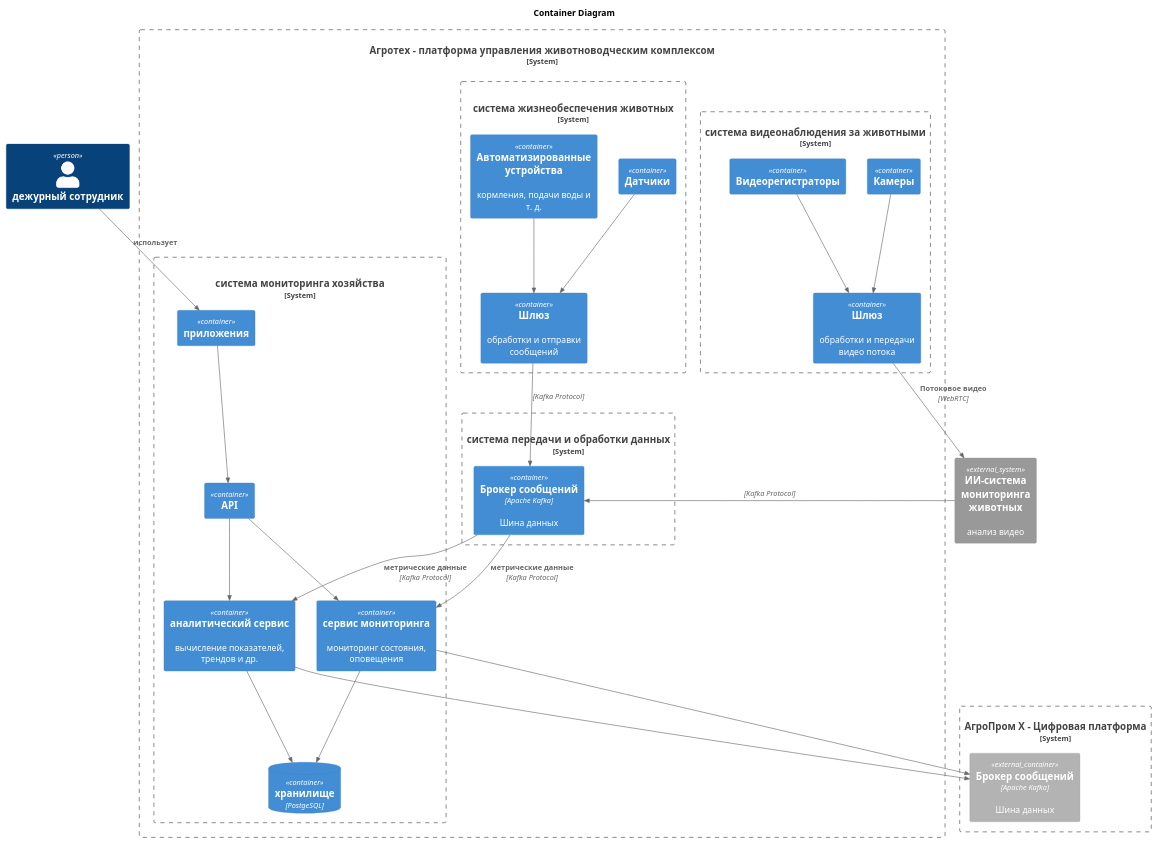
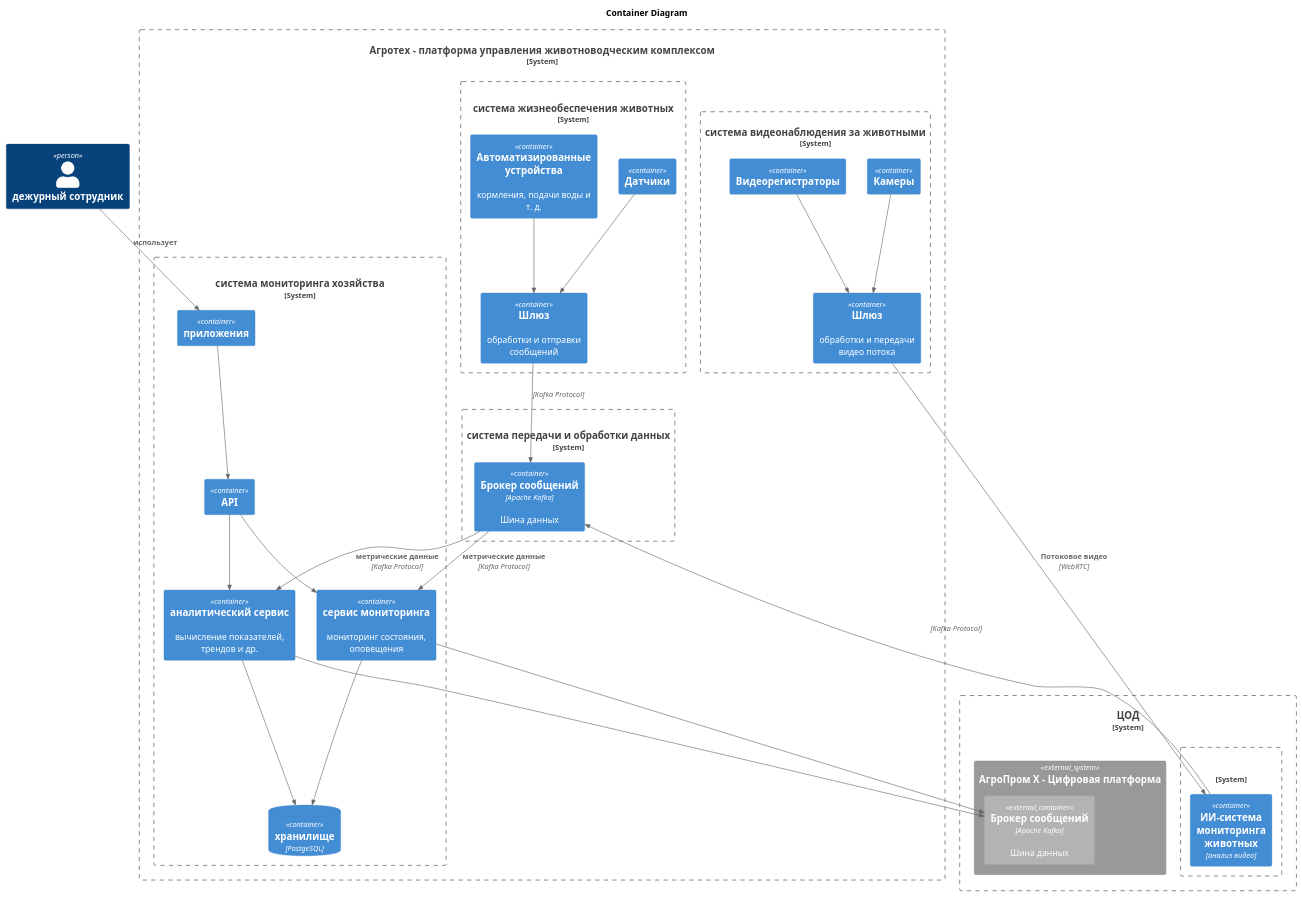
The diagram in TASK2/agrotech_v2_С2.puml (Bessolitsyn/MSA-AgroTech), drawn with PlantUML before and after one commit. The commit also changed 8 other files, not shown here.

```diff
--- a/TASK2/agrotech_v2_С2.puml
+++ b/TASK2/agrotech_v2_С2.puml
@@ -1,68 +1,72 @@
 @startuml агро_V2_С2
 
 !include https://raw.githubusercontent.com/plantuml-stdlib/C4-PlantUML/master/C4_Container.puml
 
 ' !include C4_Context.puml
 ' !include C4_Container.puml
 ' !include C4_Component.puml
 title "Container Diagram"
 
 Person(сотрудник, "дежурный сотрудник")
 
 
 System_Boundary(платформа, "Агротех  - платформа управления животноводческим комплексом") {
 
     System_Boundary(databus, "система передачи и обработки данных", "сбор данных от технических систем, структурирование, хранение ") {        
         Container(broker, "Брокер сообщений","Apache Kafka", "Шина данных")        
         
         'Rel(broker, storage, "")
     }
     System_Boundary(животноводство,"система жизнеобеспечения животных", "Мниторинг состояния технических средств(кормушки, поилки и др)") {
         Container(sensors, "Датчики", "", "")
         Container(gateway, "Шлюз", "", "обработки и отправки сообщений")
         Container(devices, "Автоматизированные устройства ", "", "кормления, подачи воды и т. д.")        
         Rel(sensors, gateway, "")
         Rel(devices, gateway, "")
         Rel(gateway, broker, "", "Kafka Protocol")
     }
     System_Boundary(видео,"система видеонаблюдения за животными", "") {
         Container(camera, "Камеры")
         Container(streaming, "Шлюз", "", "обработки и передачи видео потока")
         Container(recivers, " Видеорегистраторы")        
         Rel(camera, streaming, "")
         Rel(recivers, streaming, "")
         
     }
     System_Boundary(цуп, "система мониторинга хозяйства", "управление,  мониторинг, анализ, оповещение, отчетность") {
         Container(api, "API")
         Container(app, "приложения")
         Container(bi, "аналитический сервис", "", "вычисление показателей, трендов и др.")
         Container(supervisor, "сервис мониторинга", "", "мониторинг состояния, оповещения")
         ContainerDb(storage, "xранилище","PostgeSQL", "")
         Rel(app, api, "")
         Rel(broker, bi, "метрические данные", "Kafka Protocol")
         Rel(broker, supervisor, "метрические данные", "Kafka Protocol")
         Rel(bi, storage, "")
         Rel(supervisor, storage, "")
         Rel(api, bi, "")
         Rel(api, supervisor, "")
 
         
-    }
+    }    
 }
 
-System_Boundary(платформаX, "АгроПром Х - Цифровая платформа",""){
+System_Boundary(платформа_, "ЦОД") {                    
+    System_Boundary(ai_,"",""){
+        Container(ai, "ИИ-система мониторинга животных", "анализ видео") 
+    }
+    System_Ext(платформаX, "АгроПром Х - Цифровая платформа",""){
         Container_Ext(kafka, "Брокер сообщений", "Apache Kafka", "Шина данных")
         Rel(bi, kafka, "")
         Rel(supervisor, kafka, "")
+    }            
 }
 
-System_Ext(ai, "ИИ-система мониторинга животных", "анализ видео") 
 Rel(streaming, ai, "Потоковое видео","WebRTC")        
 Rel(ai, broker, "", "Kafka Protocol")  
 Rel(сотрудник, app, "использует")   
    
 
 
 
 @enduml
```
